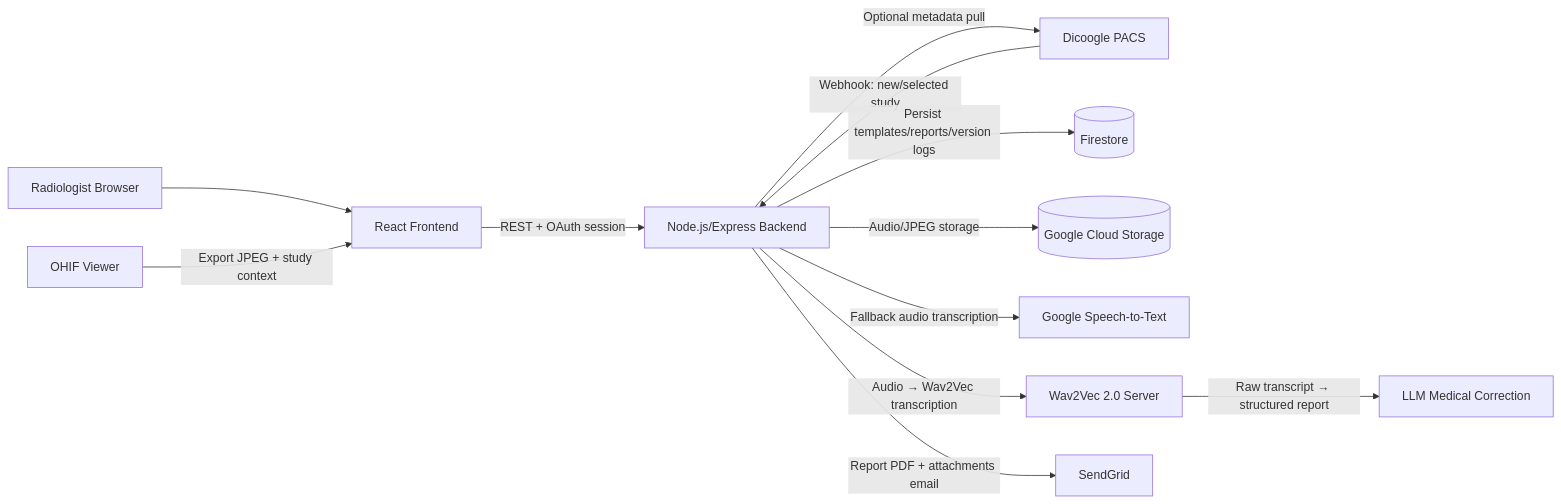
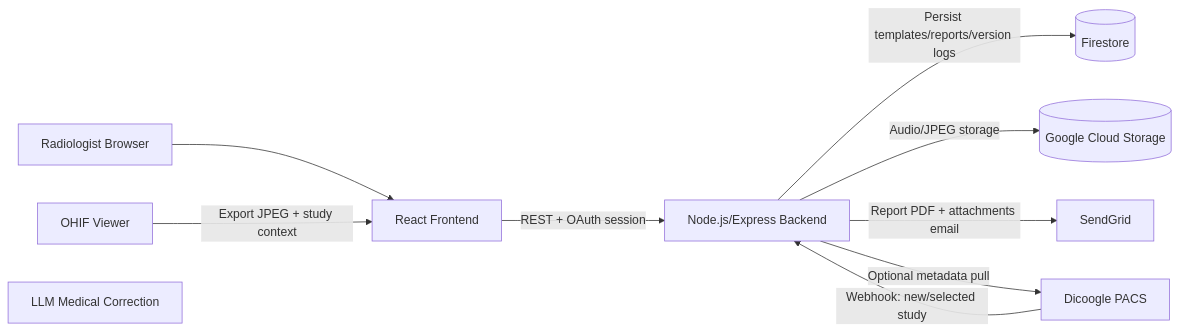
Before and after one commit to Venkkreddy/RIS-PACS: the diagram in packages/reporting-app/docs/architecture.md, drawn with Mermaid. The commit also changed other lines of this file and 41 other files, not shown here.

````diff
--- a/packages/reporting-app/docs/architecture.md
+++ b/packages/reporting-app/docs/architecture.md
@@ -5,26 +5,21 @@
 ```mermaid
 flowchart LR
     R[Radiologist Browser]
     OHIF[OHIF Viewer]
     D[Dicoogle PACS]
     FE[React Frontend]
     BE[Node.js/Express Backend]
     FS[(Firestore)]
     GCS[(Google Cloud Storage)]
-    STT[Google Speech-to-Text]
-    W2V[Wav2Vec 2.0 Server]
     LLM[LLM Medical Correction]
     SG[SendGrid]
 
     R --> FE
     OHIF -->|Export JPEG + study context| FE
     FE -->|REST + OAuth session| BE
     D -->|Webhook: new/selected study| BE
     BE -->|Persist templates/reports/version logs| FS
     BE -->|Audio/JPEG storage| GCS
-    BE -->|Fallback audio transcription| STT
-    BE -->|Audio → Wav2Vec transcription| W2V
-    W2V -->|Raw transcript → structured report| LLM
     BE -->|Report PDF + attachments email| SG
     BE -->|Optional metadata pull| D
 ```
````
